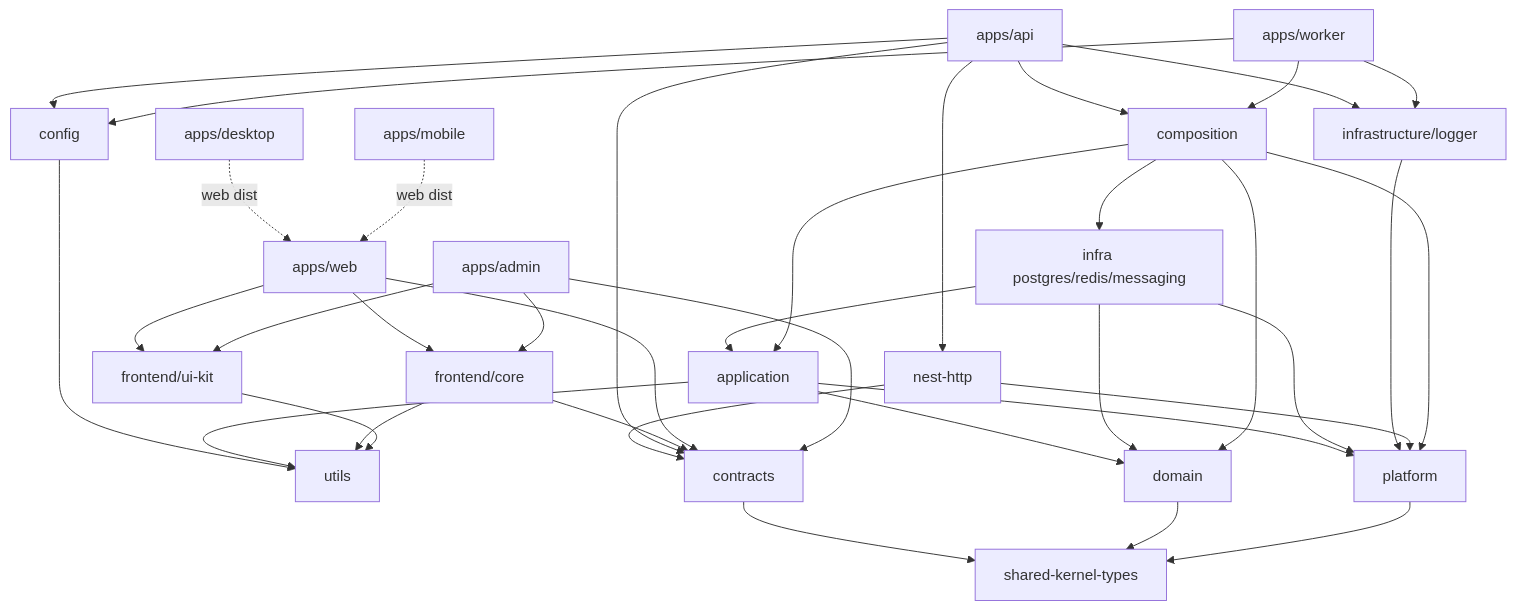
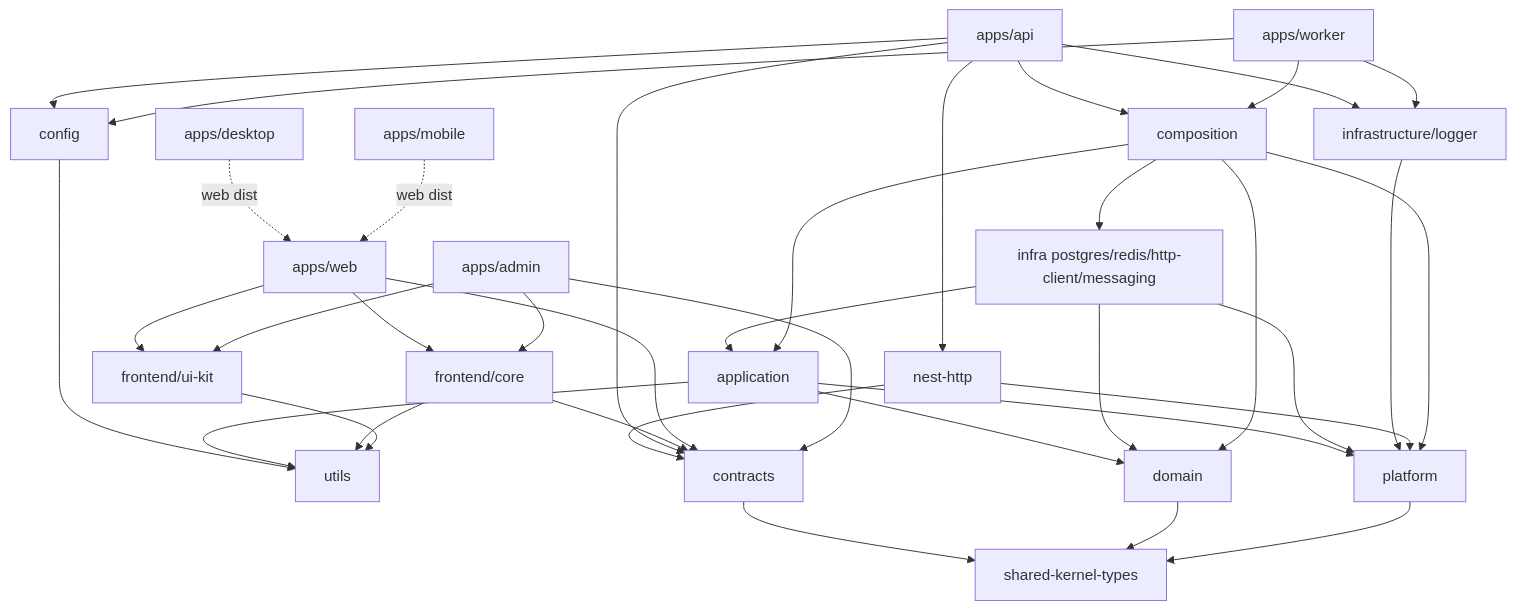
One commit to VladimirGhrejyan/b2b-saas-starter-kit changed the diagram in docs/architecture/workspace-topology.md. Above: the diagram before and after it, drawn with Mermaid. The commit also changed other lines of this file and 46 other files, not shown here.

Commit message:
chore(VC-1): set up http-client package

````diff
--- a/docs/architecture/workspace-topology.md
+++ b/docs/architecture/workspace-topology.md
@@ -104,62 +105,62 @@
 ```mermaid
 flowchart TB
   skt[shared-kernel-types]
   utils[utils]
   contracts[contracts]
   cfg[config]
 
   domain[domain]
   platform[platform]
   application[application]
-  infra["infra postgres/redis/messaging"]
+  infra["infra postgres/redis/http-client/messaging"]
   loggerPkg[infrastructure/logger]
   nestHttp[nest-http]
   composition[composition]
 
   api[apps/api]
   worker[apps/worker]
 
   ui[frontend/ui-kit]
   core[frontend/core]
   web[apps/web]
   admin[apps/admin]
   desktop[apps/desktop]
   mobile[apps/mobile]
 
   contracts --> skt
   cfg --> utils
   domain --> skt
   platform --> skt
   application --> domain
   application --> platform
   application --> utils
   infra --> domain
   infra --> application
   infra --> platform
   loggerPkg --> platform
   nestHttp --> contracts
   nestHttp --> platform
   composition --> domain
   composition --> application
   composition --> infra
   composition --> platform
   api --> nestHttp
   api --> composition
   api --> contracts
   api --> cfg
   api --> loggerPkg
   worker --> composition
   worker --> cfg
   worker --> loggerPkg
   core --> contracts
   core --> utils
   ui --> utils
   web --> ui
   web --> core
   web --> contracts
   admin --> ui
   admin --> core
   admin --> contracts
   desktop -.->|"web dist"| web
   mobile -.->|"web dist"| web
 ```
````
